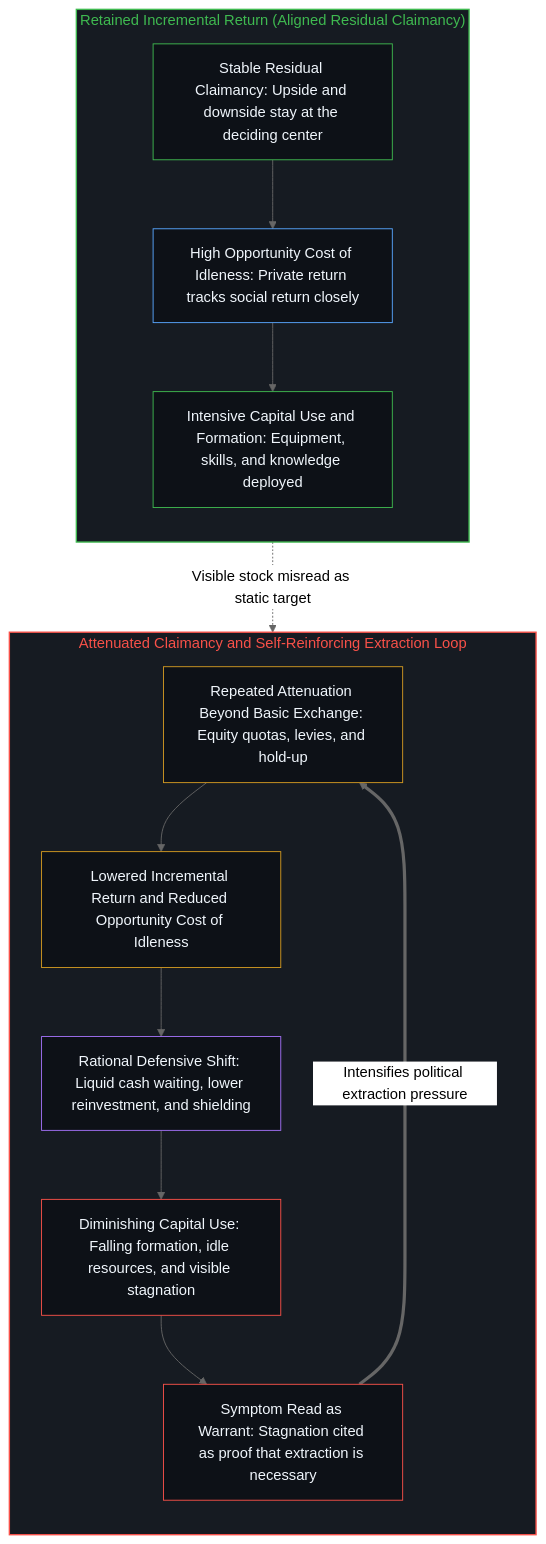
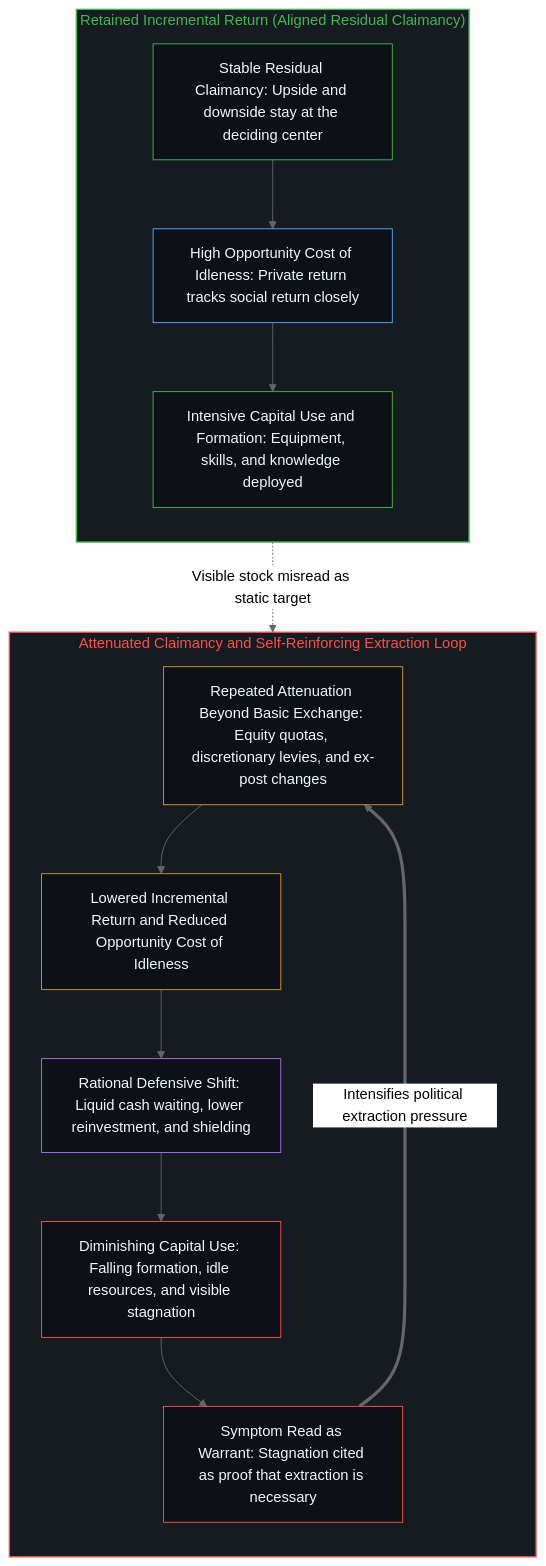
The fourth of 4 diagrams in content/posts/inheritance-as-residue-and-the-need-for-extraction.md (powerpig99/not-a-toe), drawn with Mermaid (neutral theme) before and after one commit. The commit also changed other lines of this file and 24 other files, not shown here.

````diff
--- a/content/posts/inheritance-as-residue-and-the-need-for-extraction.md
+++ b/content/posts/inheritance-as-residue-and-the-need-for-extraction.md
@@ -153,31 +153,31 @@
 ```mermaid
 flowchart TD
     subgraph S_Align["Retained Incremental Return (Aligned Residual Claimancy)"]
         direction TB
         A1["Stable Residual Claimancy: Upside and downside stay at the deciding center"]
         A2["High Opportunity Cost of Idleness: Private return tracks social return closely"]
         A3["Intensive Capital Use and Formation: Equipment, skills, and knowledge deployed"]
         A1 --> A2 --> A3
     end
     subgraph S_Loop["Attenuated Claimancy and Self-Reinforcing Extraction Loop"]
         direction TB
-        L1["Repeated Attenuation Beyond Basic Exchange: Equity quotas, levies, and hold-up"]
+        L1["Repeated Attenuation Beyond Basic Exchange: Equity quotas, discretionary levies, and ex-post changes"]
         L2["Lowered Incremental Return and Reduced Opportunity Cost of Idleness"]
         L3["Rational Defensive Shift: Liquid cash waiting, lower reinvestment, and shielding"]
         L4["Diminishing Capital Use: Falling formation, idle resources, and visible stagnation"]
         L5["Symptom Read as Warrant: Stagnation cited as proof that extraction is necessary"]
         L1 --> L2 --> L3 --> L4 --> L5
         L5 ==>|"Intensifies political extraction pressure"| L1
     end
     A3 -.->|"Visible stock misread as static target"| L1
     style S_Align fill:#161b22,stroke:#3fb950,stroke-width:1.5px,color:#3fb950
     style S_Loop fill:#161b22,stroke:#f85149,stroke-width:1.5px,color:#f85149
     style A1 fill:#0d1117,stroke:#3fb950,stroke-width:1px,color:#f0f6fc
     style A2 fill:#0d1117,stroke:#58a6ff,stroke-width:1px,color:#f0f6fc
     style A3 fill:#0d1117,stroke:#3fb950,stroke-width:1px,color:#f0f6fc
     style L1 fill:#0d1117,stroke:#d29922,stroke-width:1px,color:#f0f6fc
     style L2 fill:#0d1117,stroke:#d29922,stroke-width:1px,color:#f0f6fc
     style L3 fill:#0d1117,stroke:#a371f7,stroke-width:1px,color:#f0f6fc
     style L4 fill:#0d1117,stroke:#f85149,stroke-width:1px,color:#f0f6fc
     style L5 fill:#0d1117,stroke:#f85149,stroke-width:1px,color:#f0f6fc
 ```
````
